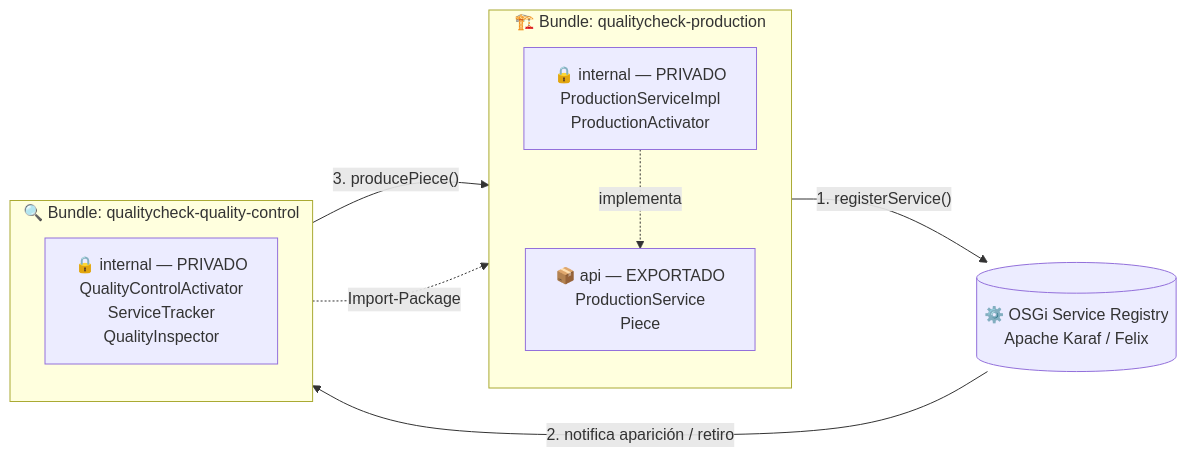
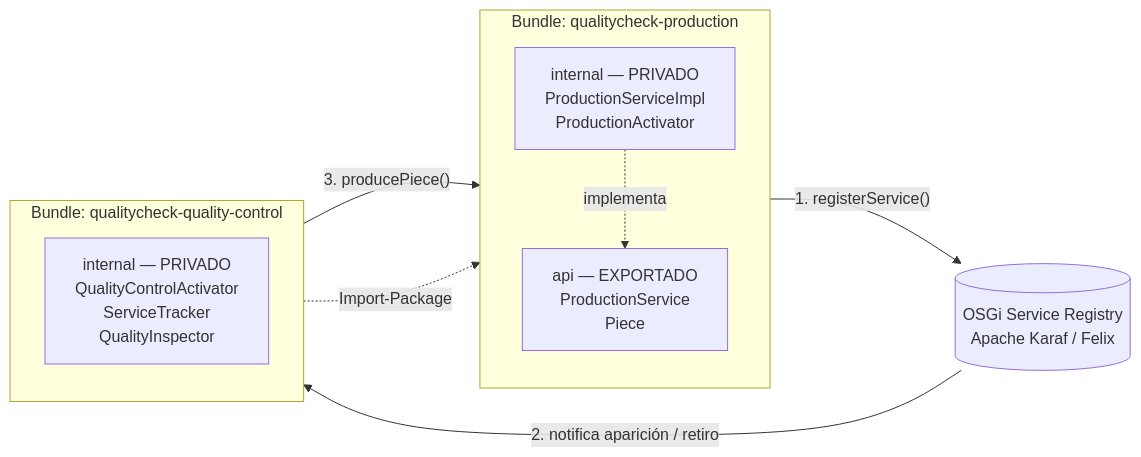
One commit to alira21/QualityCheck-OSGi changed the first of 3 diagrams in README.md. Above: the diagram before and after it, drawn with Mermaid. The commit also changed other lines of this file, not shown here.

````diff
--- a/README.md
+++ b/README.md
@@ -40,21 +40,21 @@
 ```mermaid
 flowchart LR
-    subgraph P["🏗️ Bundle: qualitycheck-production"]
+    subgraph P["Bundle: qualitycheck-production"]
         direction TB
-        API["📦 api — EXPORTADO<br/>ProductionService<br/>Piece"]
-        IMPL["🔒 internal — PRIVADO<br/>ProductionServiceImpl<br/>ProductionActivator"]
+        API["api — EXPORTADO<br/>ProductionService<br/>Piece"]
+        IMPL["internal — PRIVADO<br/>ProductionServiceImpl<br/>ProductionActivator"]
         IMPL -. implementa .-> API
     end
 
-    subgraph Q["🔍 Bundle: qualitycheck-quality-control"]
+    subgraph Q["Bundle: qualitycheck-quality-control"]
         direction TB
-        ACT["🔒 internal — PRIVADO<br/>QualityControlActivator<br/>ServiceTracker<br/>QualityInspector"]
+        ACT["internal — PRIVADO<br/>QualityControlActivator<br/>ServiceTracker<br/>QualityInspector"]
     end
 
-    REG[("⚙️ OSGi Service Registry<br/>Apache Karaf / Felix")]
+    REG[(" OSGi Service Registry<br/>Apache Karaf / Felix")]
 
     IMPL -- "1. registerService()" --> REG
     REG -- "2. notifica aparición / retiro" --> ACT
     ACT -- "3. producePiece()" --> API
     Q -. "Import-Package" .-> API
 ```
````
